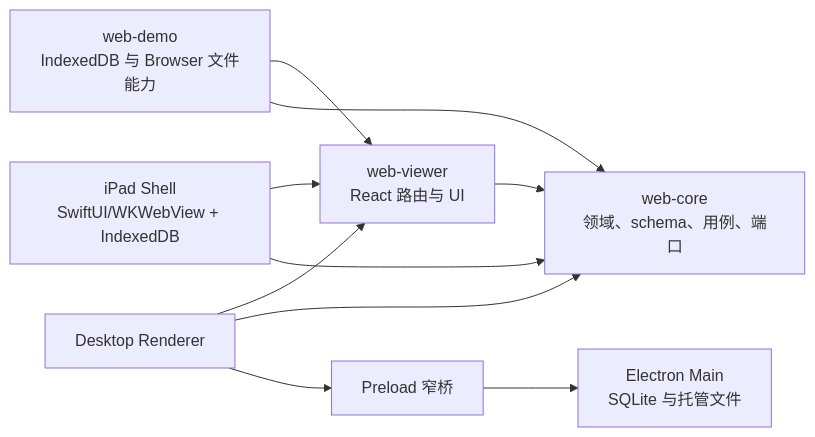
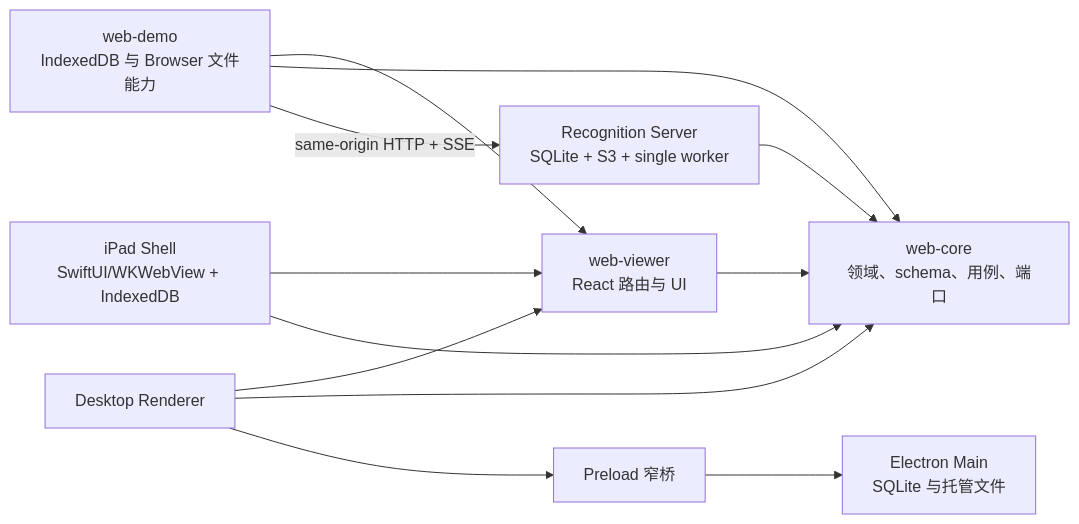
One commit to hikerpig/zupulse changed the diagram in docs/architecture/README.md. Above: the diagram before and after it, drawn with Mermaid. The commit also changed other lines of this file and 53 other files, not shown here.

First line of the commit message:
Add browser remote PDF recognition with shared history (#55)

````diff
--- a/docs/architecture/README.md
+++ b/docs/architecture/README.md
@@ -8,19 +8,21 @@
 ```mermaid
 flowchart LR
   Core["web-core<br/>领域、schema、用例、端口"]
   Viewer["web-viewer<br/>React 路由与 UI"]
   Browser["web-demo<br/>IndexedDB 与 Browser 文件能力"]
+  Recognition["Recognition Server<br/>SQLite + S3 + single worker"]
   iPad["iPad Shell<br/>SwiftUI/WKWebView + IndexedDB"]
   Renderer["Desktop Renderer"]
   Preload["Preload 窄桥"]
   Main["Electron Main<br/>SQLite 与托管文件"]
 
   Viewer --> Core
   Browser --> Viewer
   Browser --> Core
+  Browser -->|"same-origin HTTP + SSE"| Recognition --> Core
   iPad --> Viewer
   iPad --> Core
   Renderer --> Viewer
   Renderer --> Core
   Renderer --> Preload --> Main
 ```
````
